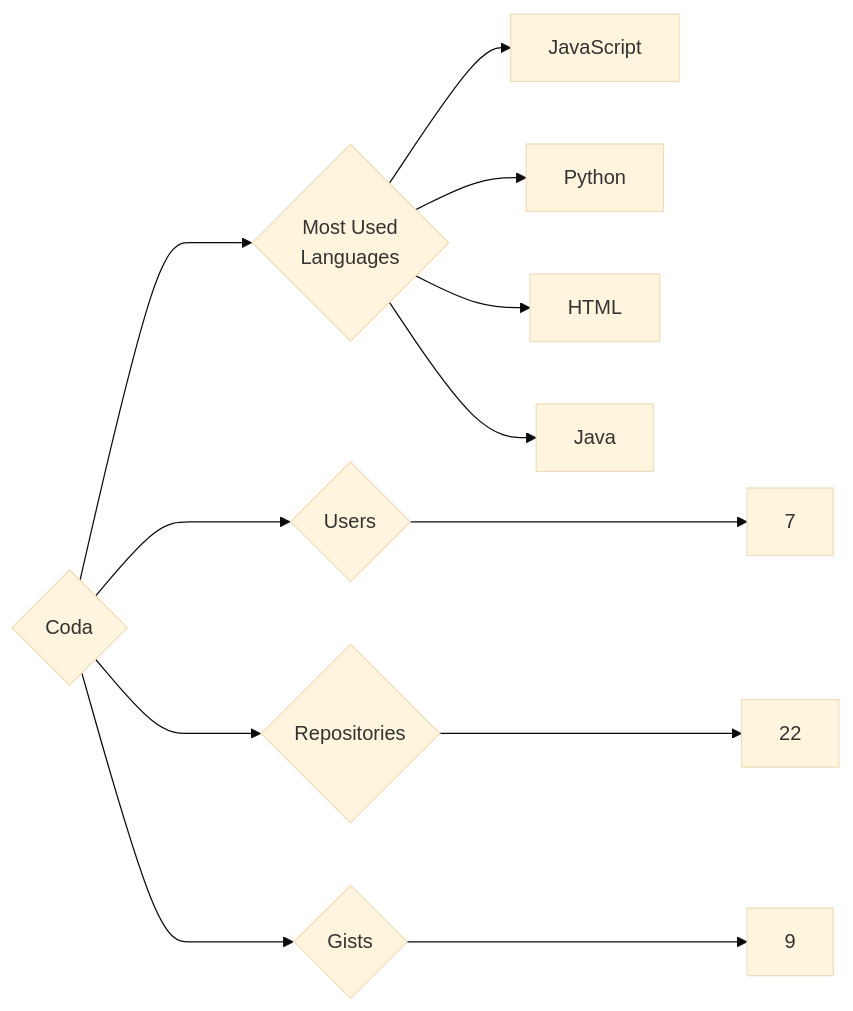
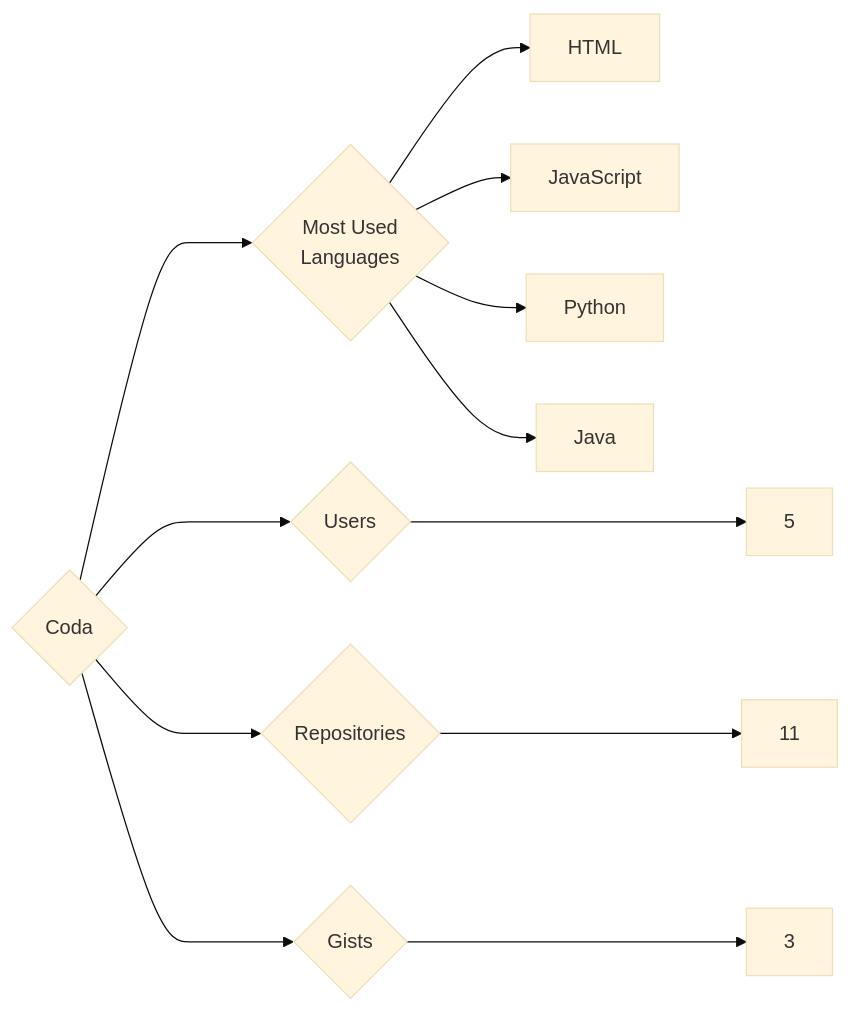
Before and after one commit to trickest/insiders: the diagram in targets/Coda/README.md, drawn with Mermaid (base theme). The commit also changed 1036 other files, not shown here.

````diff
--- a/targets/Coda/README.md
+++ b/targets/Coda/README.md
@@ -3,12 +3,12 @@
 ```mermaid
 graph LR
 COMPANY_NAME{Coda}
-COMPANY_NAME ---> U{Users} ---> UN[7]
-COMPANY_NAME ---> R{Repositories} ---> RN[22]
-COMPANY_NAME ---> G{Gists} ---> GN[9]
+COMPANY_NAME ---> U{Users} ---> UN[5]
+COMPANY_NAME ---> R{Repositories} ---> RN[11]
+COMPANY_NAME ---> G{Gists} ---> GN[3]
 COMPANY_NAME ---> ML{Most Used<br>Languages}
+ML --> HTML[HTML]
 ML --> JavaScript[JavaScript]
 ML --> Python[Python]
-ML --> HTML[HTML]
 ML --> Java[Java]
 ```
````
